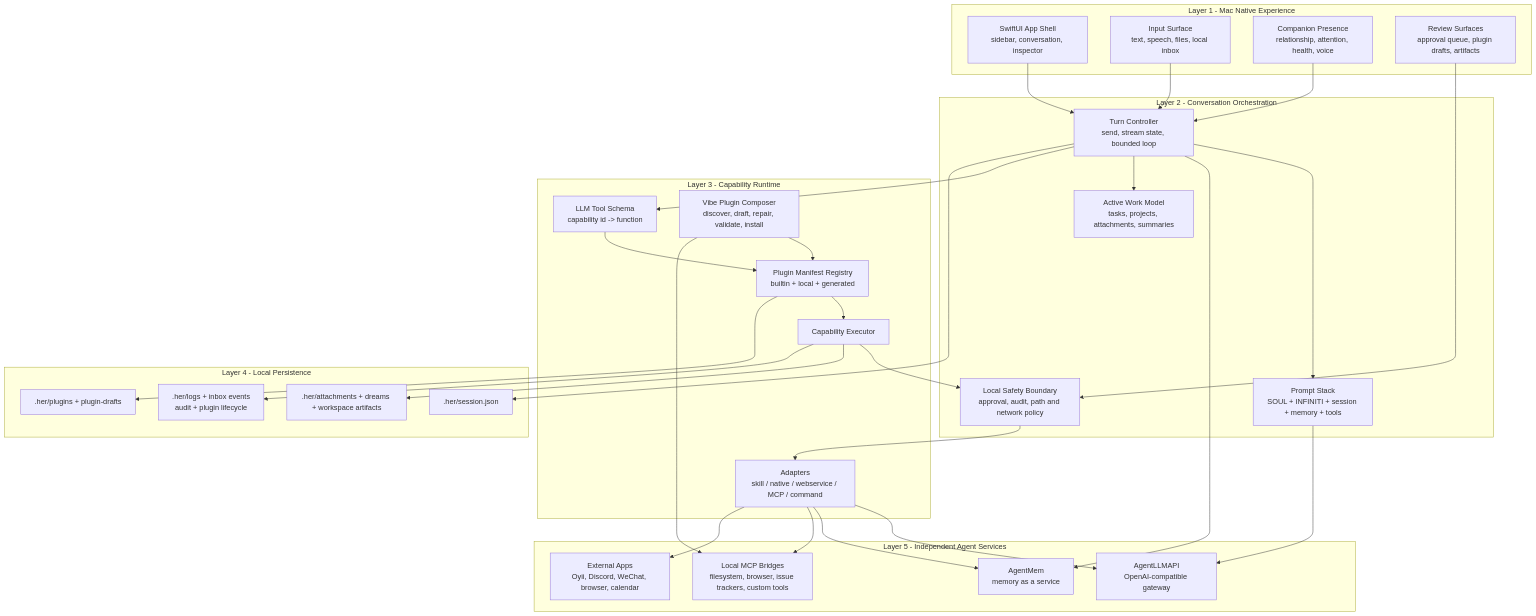
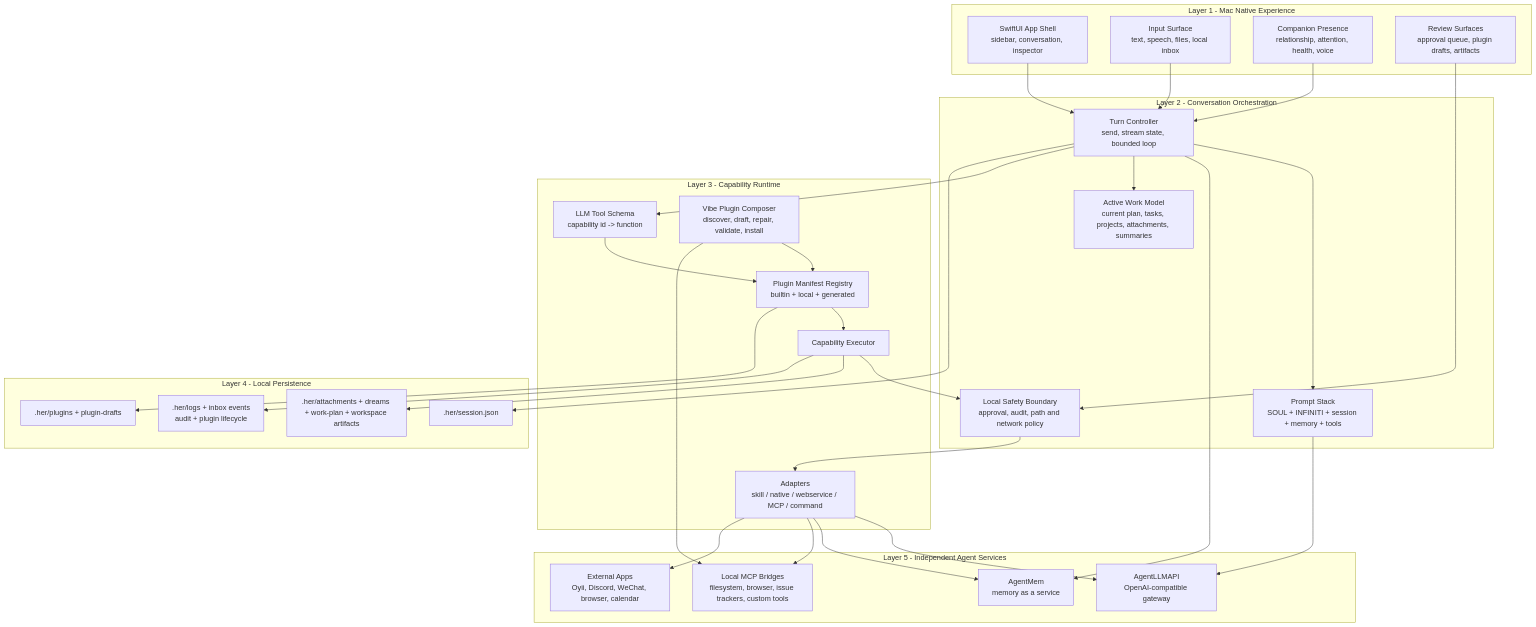
One commit to stelee410/her-desktop changed the second of 7 diagrams in docs/her-desktop-architecture.md. Above: the diagram before and after it, drawn with Mermaid. The commit also changed other lines of this file and 13 other files, not shown here.

Commit message:
Persist current work plan through workspace capability

````diff
--- a/docs/her-desktop-architecture.md
+++ b/docs/her-desktop-architecture.md
@@ -157,62 +157,62 @@
 ```mermaid
 flowchart TB
     subgraph L1["Layer 1 - Mac Native Experience"]
         shell["SwiftUI App Shell<br/>sidebar, conversation, inspector"]
         input["Input Surface<br/>text, speech, files, local inbox"]
         presence2["Companion Presence<br/>relationship, attention, health, voice"]
         review["Review Surfaces<br/>approval queue, plugin drafts, artifacts"]
     end
 
     subgraph L2["Layer 2 - Conversation Orchestration"]
         turn["Turn Controller<br/>send, stream state, bounded loop"]
         prompt2["Prompt Stack<br/>SOUL + INFINITI + session + memory + tools"]
-        work["Active Work Model<br/>tasks, projects, attachments, summaries"]
+        work["Active Work Model<br/>current plan, tasks, projects, attachments, summaries"]
         safety["Local Safety Boundary<br/>approval, audit, path and network policy"]
     end
 
     subgraph L3["Layer 3 - Capability Runtime"]
         manifest["Plugin Manifest Registry<br/>builtin + local + generated"]
         tools2["LLM Tool Schema<br/>capability id -> function"]
         exec2["Capability Executor"]
         adapters["Adapters<br/>skill / native / webservice / MCP / command"]
         composer["Vibe Plugin Composer<br/>discover, draft, repair, validate, install"]
     end
 
     subgraph L4["Layer 4 - Local Persistence"]
         localSession[".her/session.json"]
         localPlugins[".her/plugins + plugin-drafts"]
-        localData[".her/attachments + dreams + workspace artifacts"]
+        localData[".her/attachments + dreams + work-plan + workspace artifacts"]
         localAudit[".her/logs + inbox events<br/>audit + plugin lifecycle"]
     end
 
     subgraph L5["Layer 5 - Independent Agent Services"]
         llm["AgentLLMAPI<br/>OpenAI-compatible gateway"]
         mem["AgentMem<br/>memory as a service"]
         mcpBridge["Local MCP Bridges<br/>filesystem, browser, issue trackers, custom tools"]
         externalApps["External Apps<br/>Oyii, Discord, WeChat, browser, calendar"]
     end
 
     shell --> turn
     input --> turn
     presence2 --> turn
     review --> safety
 
     turn --> prompt2
     prompt2 --> llm
     turn --> mem
     turn --> work
     turn --> tools2
 
     tools2 --> manifest --> exec2 --> safety --> adapters
     composer --> manifest
     composer --> mcpBridge
     adapters --> llm
     adapters --> mem
     adapters --> mcpBridge
     adapters --> externalApps
 
     turn --> localSession
     manifest --> localPlugins
     exec2 --> localData
     exec2 --> localAudit
 ```
````
